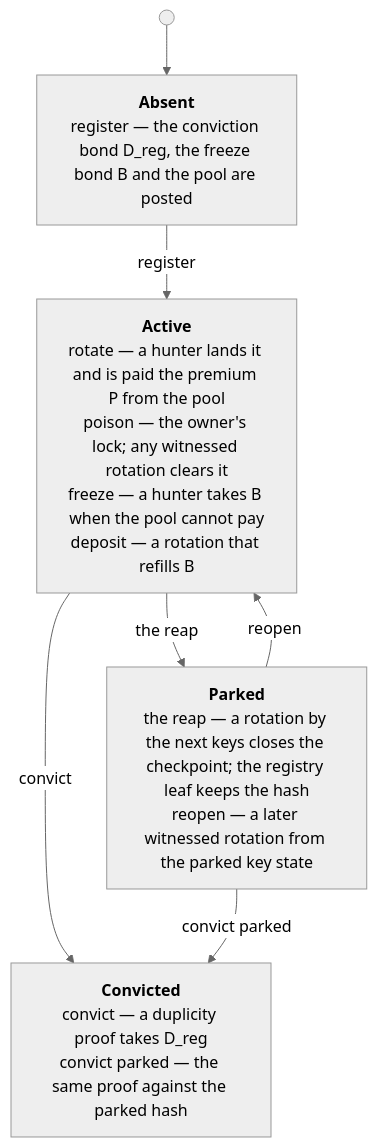
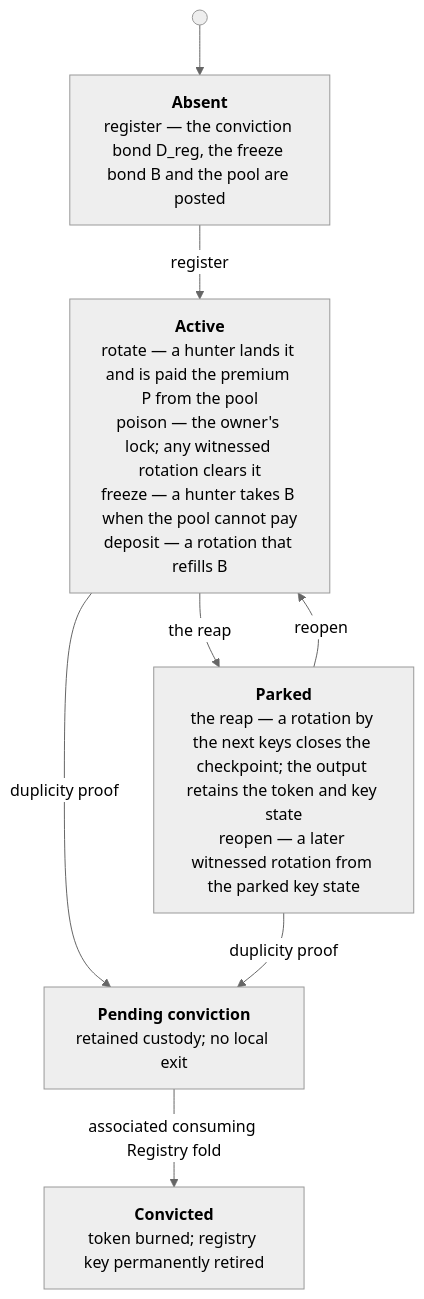
Before and after one commit to lambdasistemi/cardano-keri: the diagram in docs/design/words.md, drawn with Mermaid (neutral theme). The commit also changed other lines of this file and 266 other files, not shown here.

First line of the commit message:
fix(model): retain parked outputs and bind retirement to registry folds

````diff
--- a/docs/design/words.md
+++ b/docs/design/words.md
@@ -17,9 +17,10 @@
 ```mermaid
 flowchart TB
     start(( )) --> Absent["<b>Absent</b><br/>register — the conviction bond D_reg, the freeze bond B and the pool are posted"]
     Absent -->|register| Active["<b>Active</b><br/>rotate — a hunter lands it and is paid the premium P from the pool<br/>poison — the owner's lock#59; any witnessed rotation clears it<br/>freeze — a hunter takes B when the pool cannot pay<br/>deposit — a rotation that refills B"]
-    Active -->|the reap| Parked["<b>Parked</b><br/>the reap — a rotation by the next keys closes the checkpoint#59; the registry leaf keeps the hash<br/>reopen — a later witnessed rotation from the parked key state"]
+    Active -->|the reap| Parked["<b>Parked</b><br/>the reap — a rotation by the next keys closes the checkpoint#59; the output retains the token and key state<br/>reopen — a later witnessed rotation from the parked key state"]
     Parked -->|reopen| Active
-    Active -->|convict| Convicted["<b>Convicted</b><br/>convict — a duplicity proof takes D_reg<br/>convict parked — the same proof against the parked hash"]
-    Parked -->|convict parked| Convicted
+    Active -->|duplicity proof| Pending["<b>Pending conviction</b><br/>retained custody#59; no local exit"]
+    Parked -->|duplicity proof| Pending
+    Pending -->|associated consuming Registry fold| Convicted["<b>Convicted</b><br/>token burned#59; registry key permanently retired"]
 ```
````
